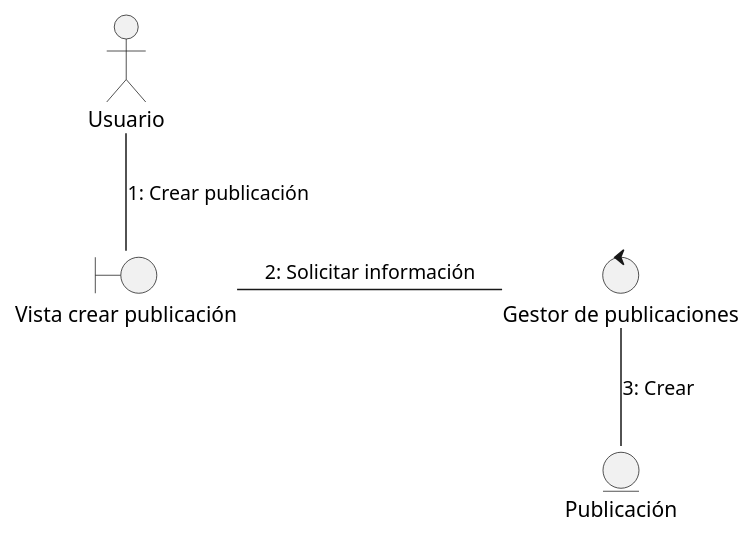
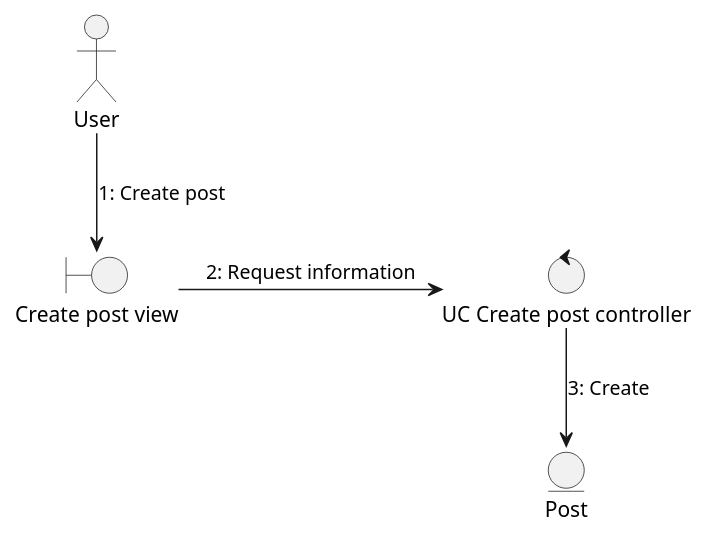
One commit to Dayannis-07/ING_SOFT changed the diagram in docs/scenariosView/collaborationDiagram/useCase-CrearEvento.puml. Above: the diagram before and after it, drawn with PlantUML. The commit also changed 24 other files, not shown here.

Commit message:
corrections collaboration & analysisClassDiagram

```diff
--- a/docs/scenariosView/collaborationDiagram/useCase-CrearEvento.puml
+++ b/docs/scenariosView/collaborationDiagram/useCase-CrearEvento.puml
@@ -1,9 +1,9 @@
 @startuml crear evento
-actor Usuario
-boundary "Vista crear publicación" as c
-Usuario--c :1: Crear publicación
-control "Gestor de publicaciones" as g
-c-r-g :2: Solicitar información
-entity "Publicación" as p
-g--p :3: Crear
+actor User
+boundary "Create post view" as view
+User-->view :1: Create post
+control "UC Create post controller" as controller
+view-r->controller :2: Request information
+entity "Post" as entity
+controller-->entity :3: Create
 @enduml
```
